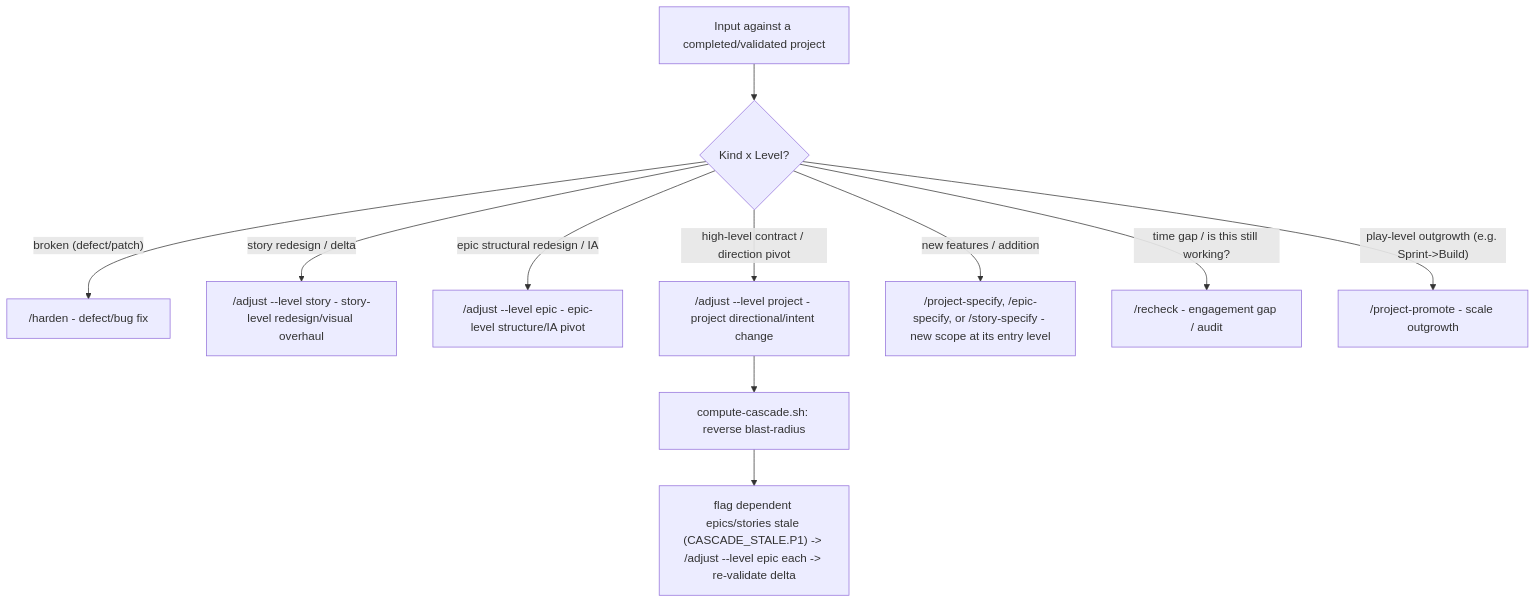
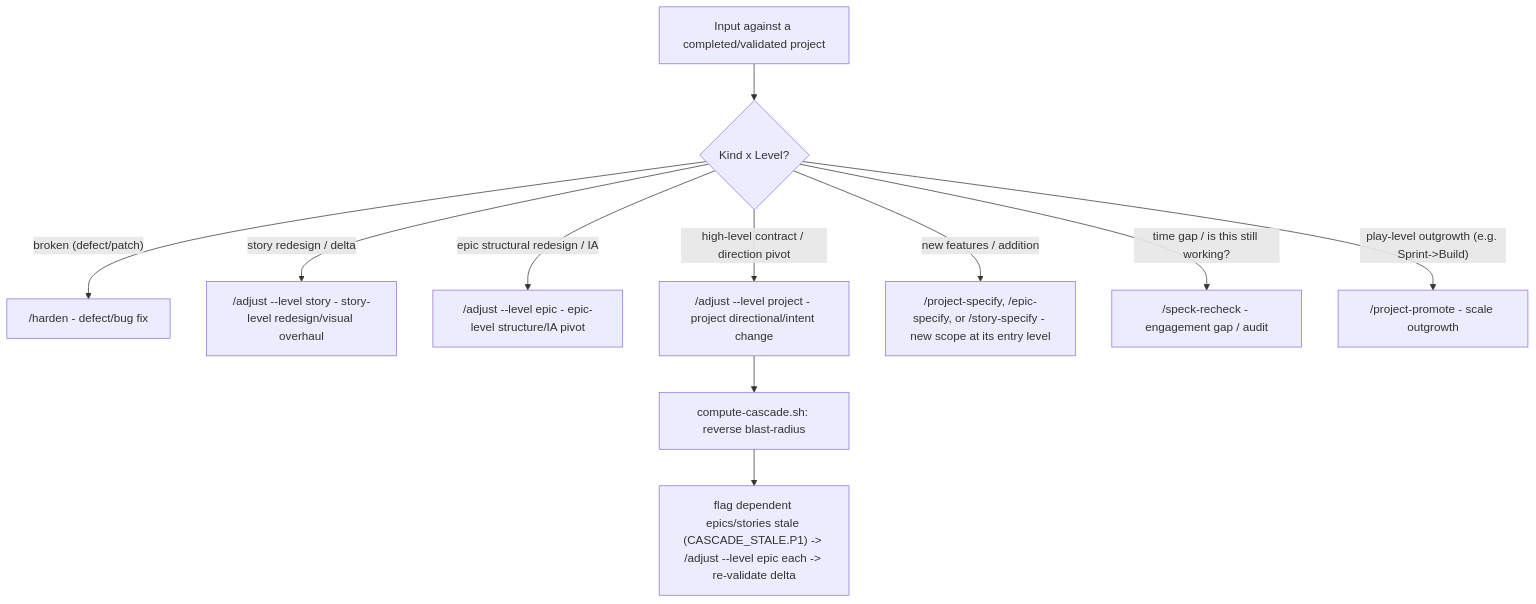
Before and after one commit to telum-ai/speck: the diagram in .speck/reference/command-phases.md, drawn with Mermaid. The commit also changed other lines of this file and 641 other files, not shown here.

First line of the commit message:
refactor(v11): consolidate flow and trim runtime context

````diff
--- a/.speck/reference/command-phases.md
+++ b/.speck/reference/command-phases.md
@@ -29,24 +31,24 @@
 ```mermaid
 flowchart TD
   input["Input against a completed/validated project"]
   triage{"Kind x Level?"}
   defect["/harden - defect/bug fix"]
   s["/adjust --level story - story-level redesign/visual overhaul"]
   e["/adjust --level epic - epic-level structure/IA pivot"]
   p["/adjust --level project - project directional/intent change"]
   new_scope["/project-specify, /epic-specify, or /story-specify - new scope at its entry level"]
-  drift["/recheck - engagement gap / audit"]
+  drift["/speck-recheck - engagement gap / audit"]
   promote["/project-promote - scale outgrowth"]
 
   input --> triage
   triage -->|"broken (defect/patch)"| defect
   triage -->|"story redesign / delta"| s
   triage -->|"epic structural redesign / IA"| e
   triage -->|"high-level contract / direction pivot"| p
   triage -->|"new features / addition"| new_scope
   triage -->|"time gap / is this still working?"| drift
   triage -->|"play-level outgrowth (e.g. Sprint->Build)"| promote
 
   p --> cascade["compute-cascade.sh: reverse blast-radius"]
   cascade --> fanout["flag dependent epics/stories stale (CASCADE_STALE.P1) -> /adjust --level epic each -> re-validate delta"]
 ```
````
